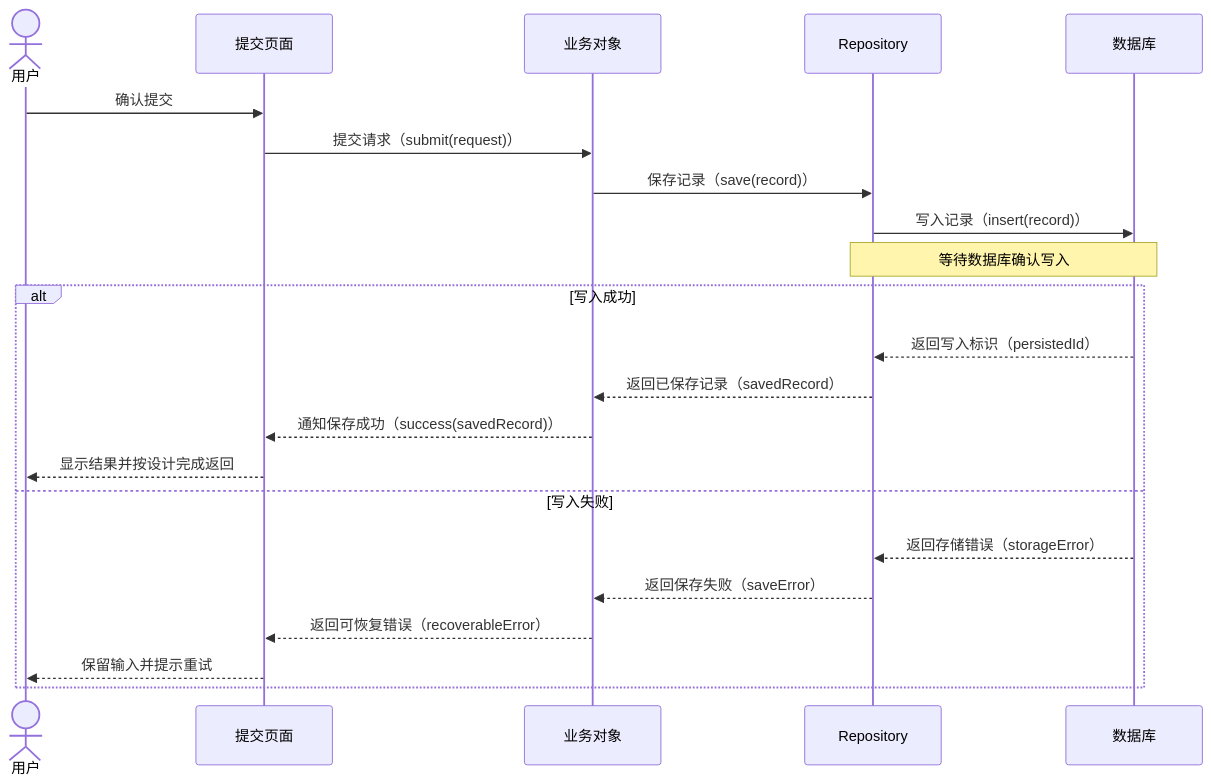
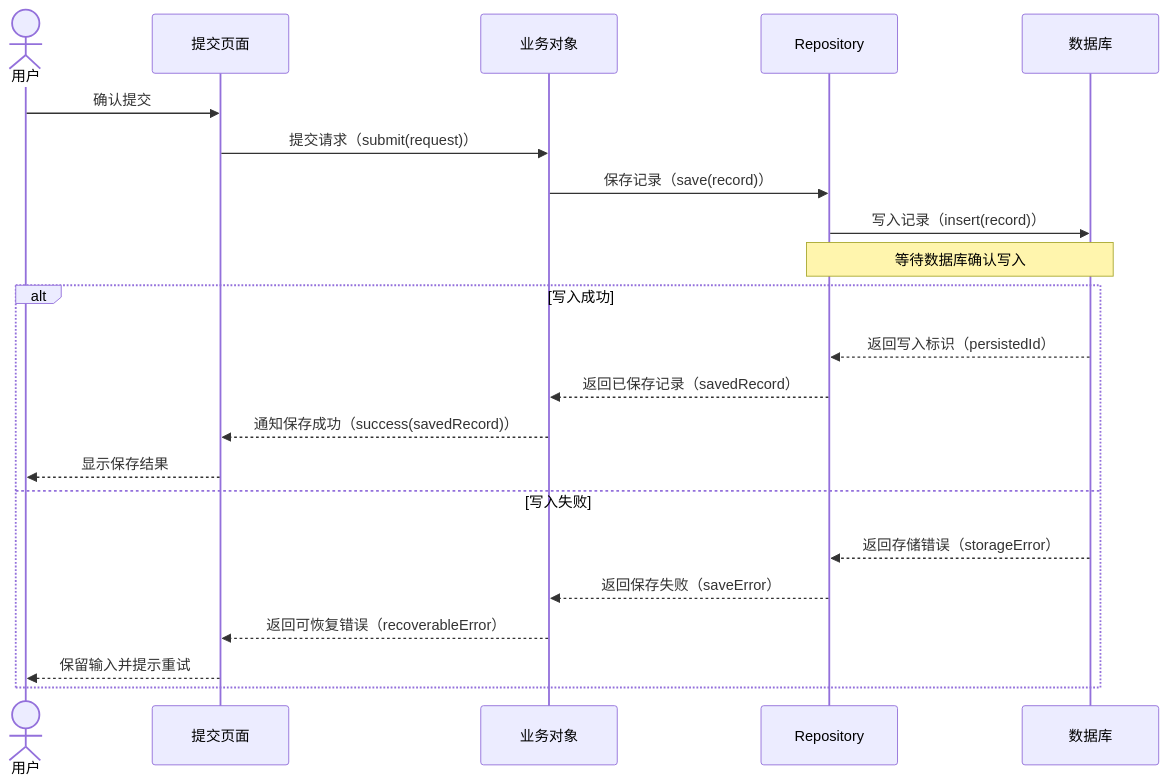
One commit to sqsqsq/agent-maison changed the diagram in skills/reference/app-component-blueprint-workflow.md. Above: the diagram before and after it, drawn with Mermaid. The commit also changed other lines of this file and 15 other files, not shown here.

````diff
--- a/skills/reference/app-component-blueprint-workflow.md
+++ b/skills/reference/app-component-blueprint-workflow.md
@@ -99,25 +99,25 @@
 ```mermaid
 sequenceDiagram
     actor User as 用户
     participant Page as 提交页面
     participant Service as 业务对象
     participant Repo as Repository
     participant DB as 数据库
-    %% 对照已声明的提交、落库确认和返回步骤
+    %% 只示意提交、落库确认和显示结果；结果页完成是下一界面步骤
     User->>Page: 确认提交
     Page->>Service: 提交请求（submit(request)）
     Service->>Repo: 保存记录（save(record)）
     Repo->>DB: 写入记录（insert(record)）
     Note over Repo,DB: 等待数据库确认写入
     alt 写入成功
         DB-->>Repo: 返回写入标识（persistedId）
         Repo-->>Service: 返回已保存记录（savedRecord）
         Service-->>Page: 通知保存成功（success(savedRecord)）
-        Page-->>User: 显示结果并按设计完成返回
+        Page-->>User: 显示保存结果
     else 写入失败
         DB-->>Repo: 返回存储错误（storageError）
         Repo-->>Service: 返回保存失败（saveError）
         Service-->>Page: 返回可恢复错误（recoverableError）
         Page-->>User: 保留输入并提示重试
     end
 ```
````
